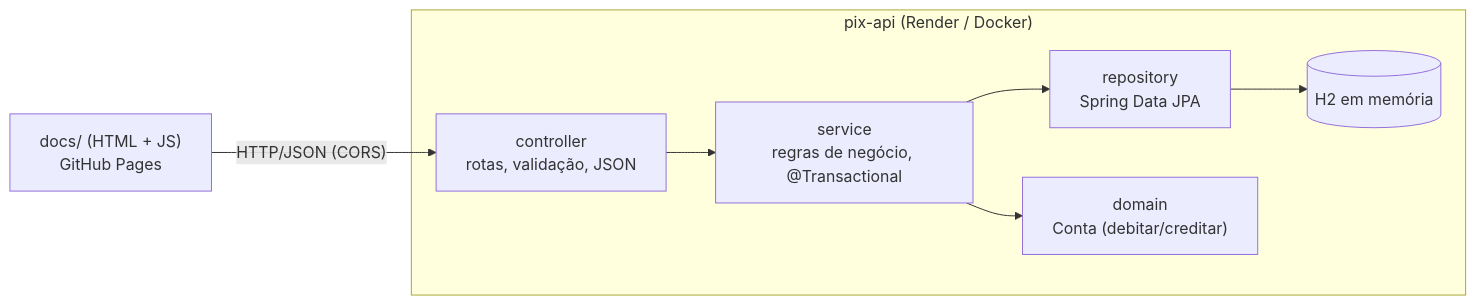
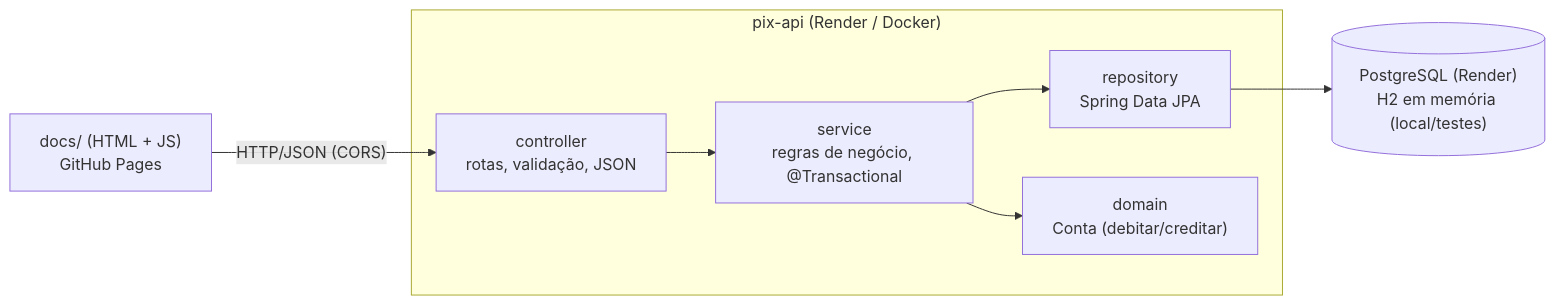
One commit to RafaelNicolauiOS/pix-api changed the diagram in README.md. Above: the diagram before and after it, drawn with Mermaid. The commit also changed other lines of this file and 8 other files, not shown here.

First line of the commit message:
Persiste dados em PostgreSQL no Render com migrações Flyway

````diff
--- a/README.md
+++ b/README.md
@@ -27,10 +28,10 @@
 ```mermaid
 flowchart LR
     Browser["docs/ (HTML + JS)<br/>GitHub Pages"] -- "HTTP/JSON (CORS)" --> C
     subgraph API["pix-api (Render / Docker)"]
         C["controller<br/>rotas, validação, JSON"] --> S["service<br/>regras de negócio, @Transactional"]
         S --> R["repository<br/>Spring Data JPA"]
         S --> D["domain<br/>Conta (debitar/creditar)"]
-        R --> DB[("H2 em memória")]
     end
+    R --> DB[("PostgreSQL (Render)<br/>H2 em memória (local/testes)")]
 ```
````
